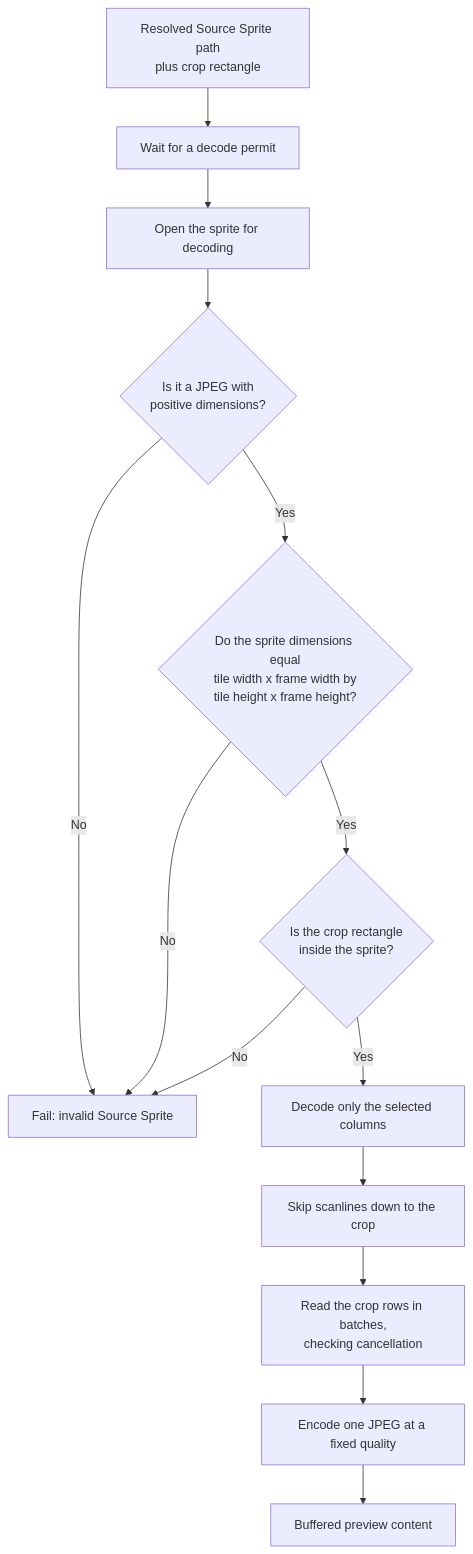
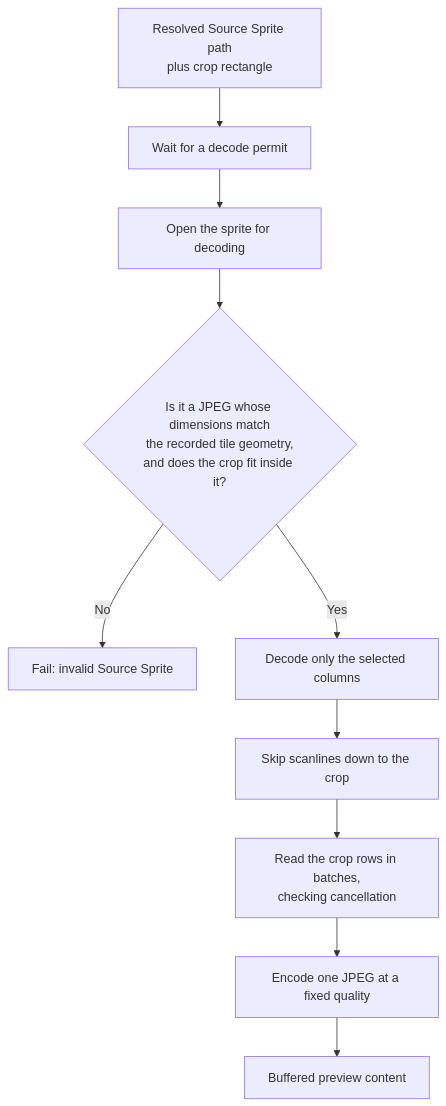
The diagram in prototypes/business-documentation-set/draft/preview-generation.md (xiakeng/trickplay-cropper), drawn with Mermaid before and after one commit. The commit also changed 7 other files, not shown here.

First line of the commit message:
Fix diagram orientation and split deep views

````diff
--- a/prototypes/business-documentation-set/draft/preview-generation.md
+++ b/prototypes/business-documentation-set/draft/preview-generation.md
@@ -40,16 +40,12 @@
 ```mermaid
 flowchart TD
     In["Resolved Source Sprite path<br/>plus crop rectangle"] --> Permit["Wait for a decode permit"]
     Permit --> Open["Open the sprite for decoding"]
-    Open --> V1{"Is it a JPEG with<br/>positive dimensions?"}
-    V1 -->|"No"| Bad["Fail: invalid Source Sprite"]
-    V1 -->|"Yes"| V2{"Do the sprite dimensions equal<br/>tile width x frame width by<br/>tile height x frame height?"}
-    V2 -->|"No"| Bad
-    V2 -->|"Yes"| V3{"Is the crop rectangle<br/>inside the sprite?"}
-    V3 -->|"No"| Bad
-    V3 -->|"Yes"| Band["Decode only the selected columns"]
+    Open --> Valid{"Is it a JPEG whose dimensions match<br/>the recorded tile geometry,<br/>and does the crop fit inside it?"}
+    Valid -->|"No"| Bad["Fail: invalid Source Sprite"]
+    Valid -->|"Yes"| Band["Decode only the selected columns"]
     Band --> Skip["Skip scanlines down to the crop"]
     Skip --> Read["Read the crop rows in batches,<br/>checking cancellation"]
     Read --> Encode["Encode one JPEG at a fixed quality"]
     Encode --> Out["Buffered preview content"]
 ```
````
